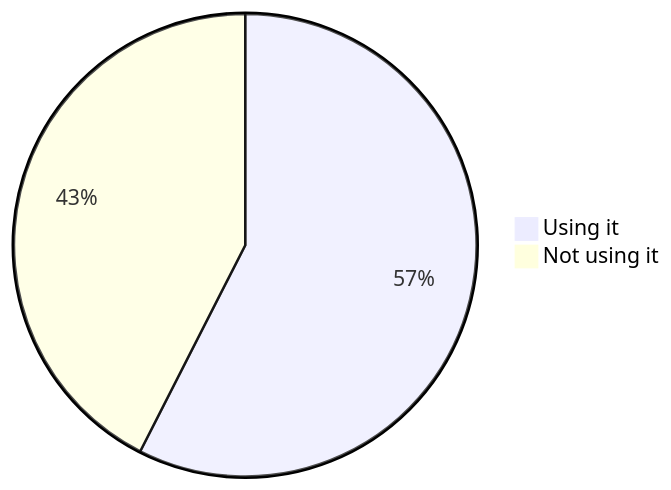
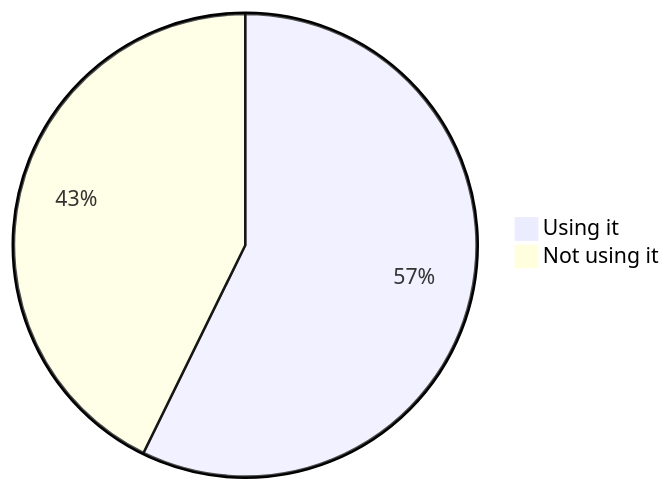
One commit to oshp/oshp-stats changed the second of 22 diagrams in stats.md. Above: the diagram before and after it, drawn with Mermaid. The commit also changed other lines of this file, not shown here.

````diff
--- a/stats.md
+++ b/stats.md
@@ -22,6 +22,6 @@
 ```mermaid
 pie
-	"Using it" : 57.5
-	"Not using it" : 42.5
+	"Using it" : 57.25
+	"Not using it" : 42.75
 
 ```
````
